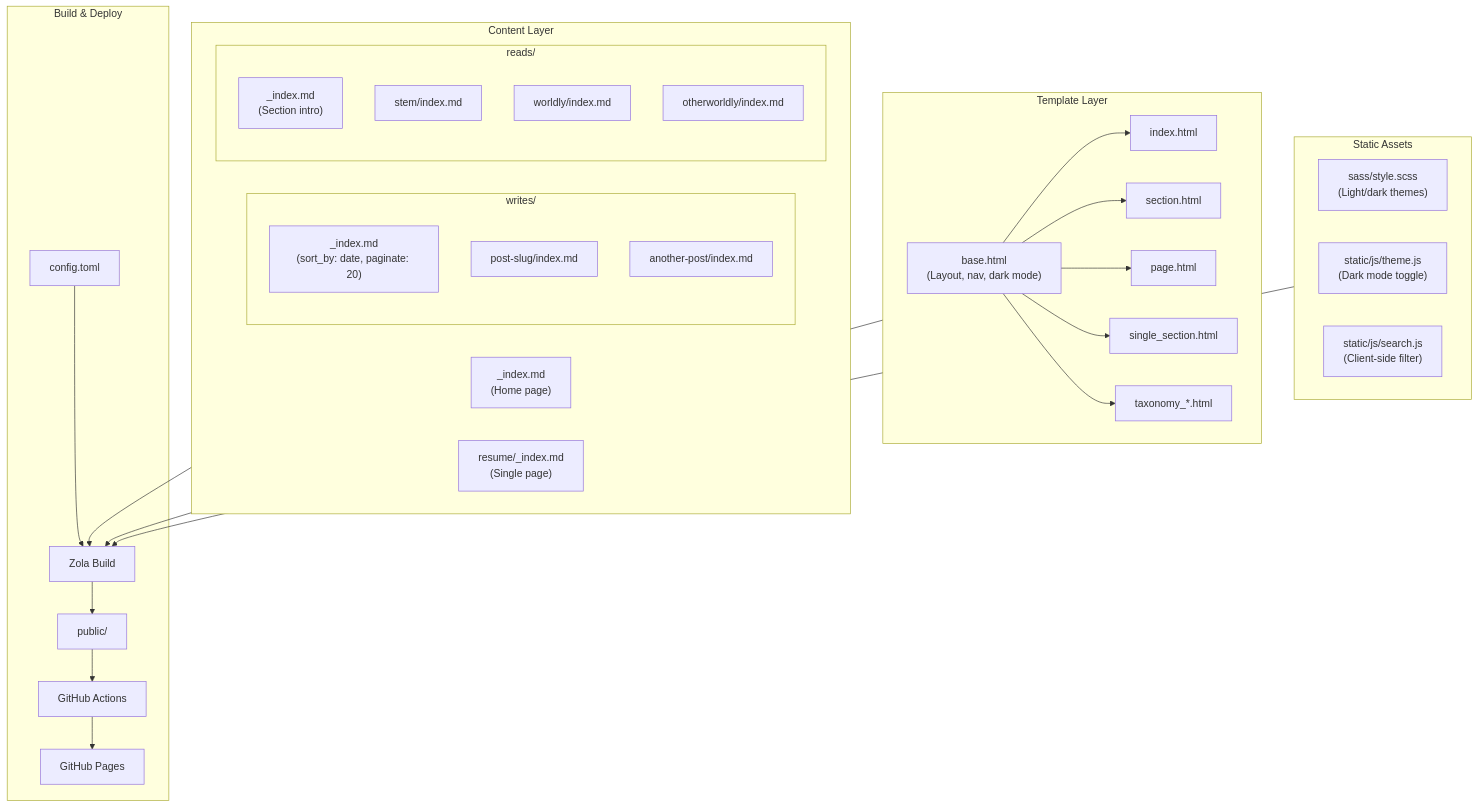
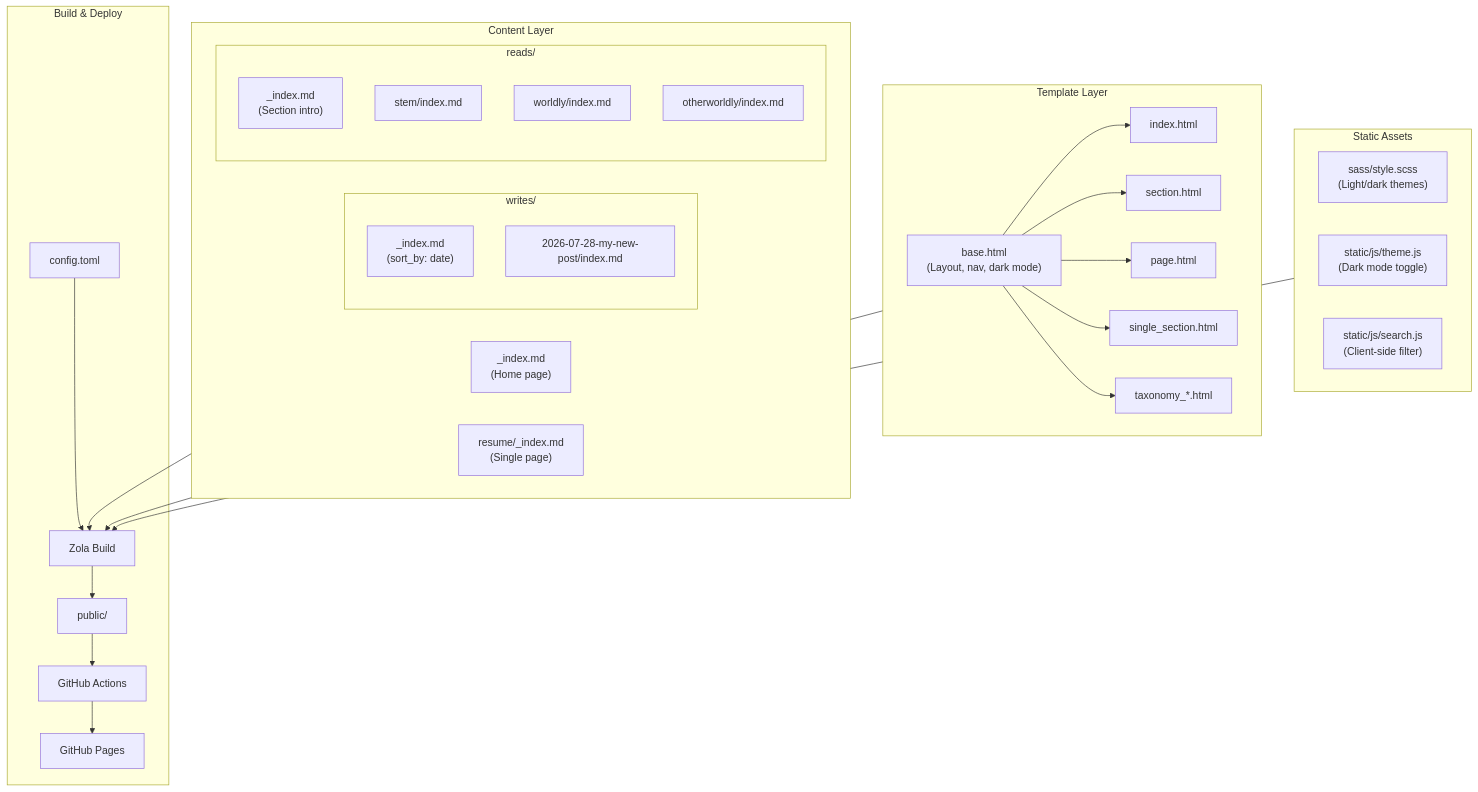
The first of 3 diagrams in README.md (harsh-ps-2003/harsh-ps-2003.github.io), drawn with Mermaid before and after one commit. The commit also changed other lines of this file and 123 other files, not shown here.

First line of the commit message:
Update README and blog post structure; add new SVG diagrams

````diff
--- a/README.md
+++ b/README.md
@@ -9,58 +9,57 @@
 ```mermaid
 flowchart TB
     subgraph content ["Content Layer"]
         home["_index.md<br/>(Home page)"]
         
         subgraph writes ["writes/"]
-            writes_index["_index.md<br/>(sort_by: date, paginate: 20)"]
-            post1["post-slug/index.md"]
-            post2["another-post/index.md"]
+            writes_index["_index.md<br/>(sort_by: date)"]
+            post1["2026-07-28-my-new-post/index.md"]
         end
         
         subgraph reads ["reads/"]
             reads_index["_index.md<br/>(Section intro)"]
             stem["stem/index.md"]
             worldly["worldly/index.md"]
             otherworldly["otherworldly/index.md"]
         end
         
         resume["resume/_index.md<br/>(Single page)"]
     end
     
     subgraph templates ["Template Layer"]
         base["base.html<br/>(Layout, nav, dark mode)"]
         index_tpl["index.html"]
         section_tpl["section.html"]
         page_tpl["page.html"]
         single_section["single_section.html"]
         taxonomy["taxonomy_*.html"]
         
         base --> index_tpl
         base --> section_tpl
         base --> page_tpl
         base --> single_section
         base --> taxonomy
     end
     
     subgraph assets ["Static Assets"]
         scss["sass/style.scss<br/>(Light/dark themes)"]
         theme_js["static/js/theme.js<br/>(Dark mode toggle)"]
         search_js["static/js/search.js<br/>(Client-side filter)"]
     end
     
     subgraph build ["Build & Deploy"]
         config["config.toml"]
         zola["Zola Build"]
         public["public/"]
         gh_actions["GitHub Actions"]
         gh_pages["GitHub Pages"]
     end
     
     content --> zola
     templates --> zola
     assets --> zola
     config --> zola
     zola --> public
     public --> gh_actions
     gh_actions --> gh_pages
 ```
````
